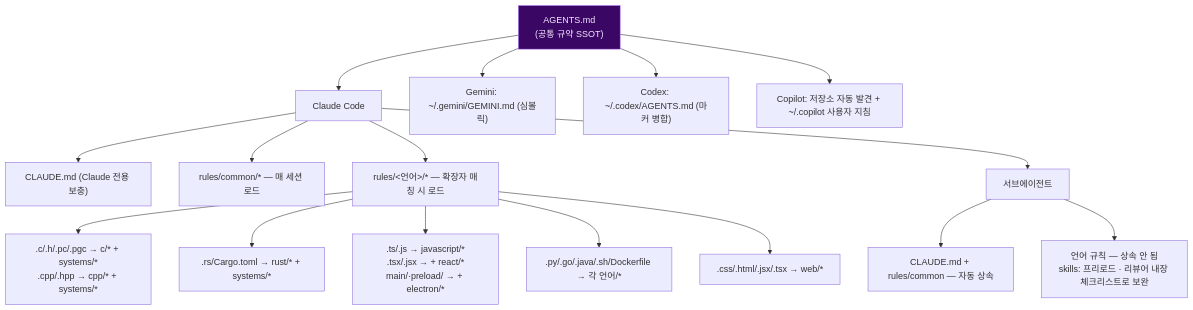
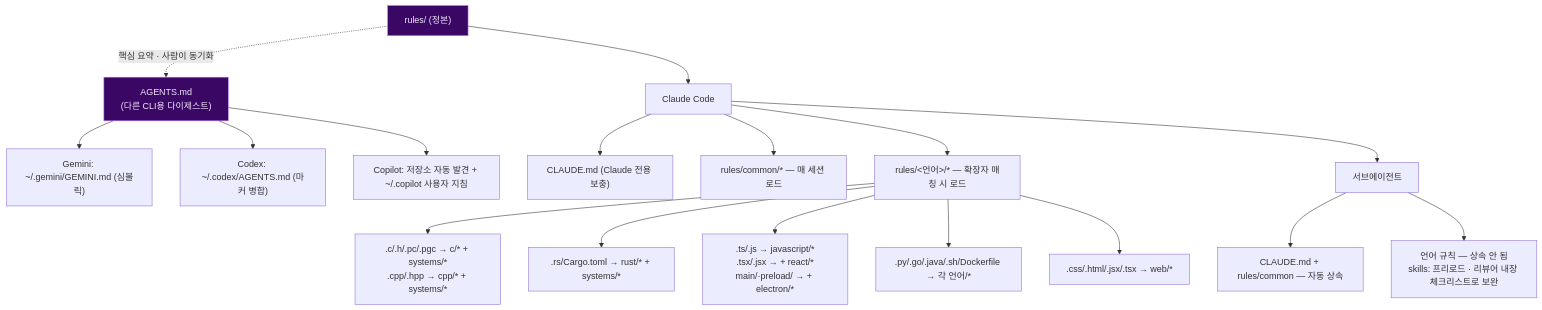
One commit to jomarusoup/Arachne changed the third of 7 diagrams in docs/ARCHITECTURE.md. Above: the diagram before and after it, drawn with Mermaid. The commit also changed other lines of this file and 18 other files, not shown here.

````diff
--- a/docs/ARCHITECTURE.md
+++ b/docs/ARCHITECTURE.md
@@ -293,26 +320,28 @@
 ```mermaid
 flowchart TB
-    AGENTS["AGENTS.md<br/>(공통 규약 SSOT)"]
+    RULES["rules/ (정본)"]
+    AGENTS["AGENTS.md<br/>(다른 CLI용 다이제스트)"]
+    RULES -. "핵심 요약 · 사람이 동기화" .-> AGENTS
 
-    AGENTS --> CLAUDE["Claude Code"]
+    RULES --> CLAUDE["Claude Code"]
     AGENTS --> GEMINI["Gemini: ~/.gemini/GEMINI.md (심볼릭)"]
     AGENTS --> CODEX["Codex: ~/.codex/AGENTS.md (마커 병합)"]
     AGENTS --> COPILOT["Copilot: 저장소 자동 발견 + ~/.copilot 사용자 지침"]
 
     CLAUDE --> CM["CLAUDE.md (Claude 전용 보충)"]
     CLAUDE --> RC["rules/common/* — 매 세션 로드"]
     CLAUDE --> RL["rules/<언어>/* — 확장자 매칭 시 로드"]
 
     RL --> EX1[".c/.h/.pc/.pgc → c/* + systems/*<br/>.cpp/.hpp → cpp/* + systems/*"]
     RL --> EX2[".rs/Cargo.toml → rust/* + systems/*"]
     RL --> EX3[".ts/.js → javascript/*<br/>.tsx/.jsx → + react/*<br/>main/·preload/ → + electron/*"]
     RL --> EX4[".py/.go/.java/.sh/Dockerfile → 각 언어/*"]
     RL --> EX5[".css/.html/.jsx/.tsx → web/*"]
 
     CLAUDE --> SUB["서브에이전트"]
     SUB --> SUB1["CLAUDE.md + rules/common — 자동 상속"]
     SUB --> SUB2["언어 규칙 — 상속 안 됨<br/>skills: 프리로드 · 리뷰어 내장 체크리스트로 보완"]
 
     classDef ssot fill:#3b0764,stroke:#c084fc,color:#f3e8ff;
-    class AGENTS ssot;
+    class RULES,AGENTS ssot;
 ```
````
